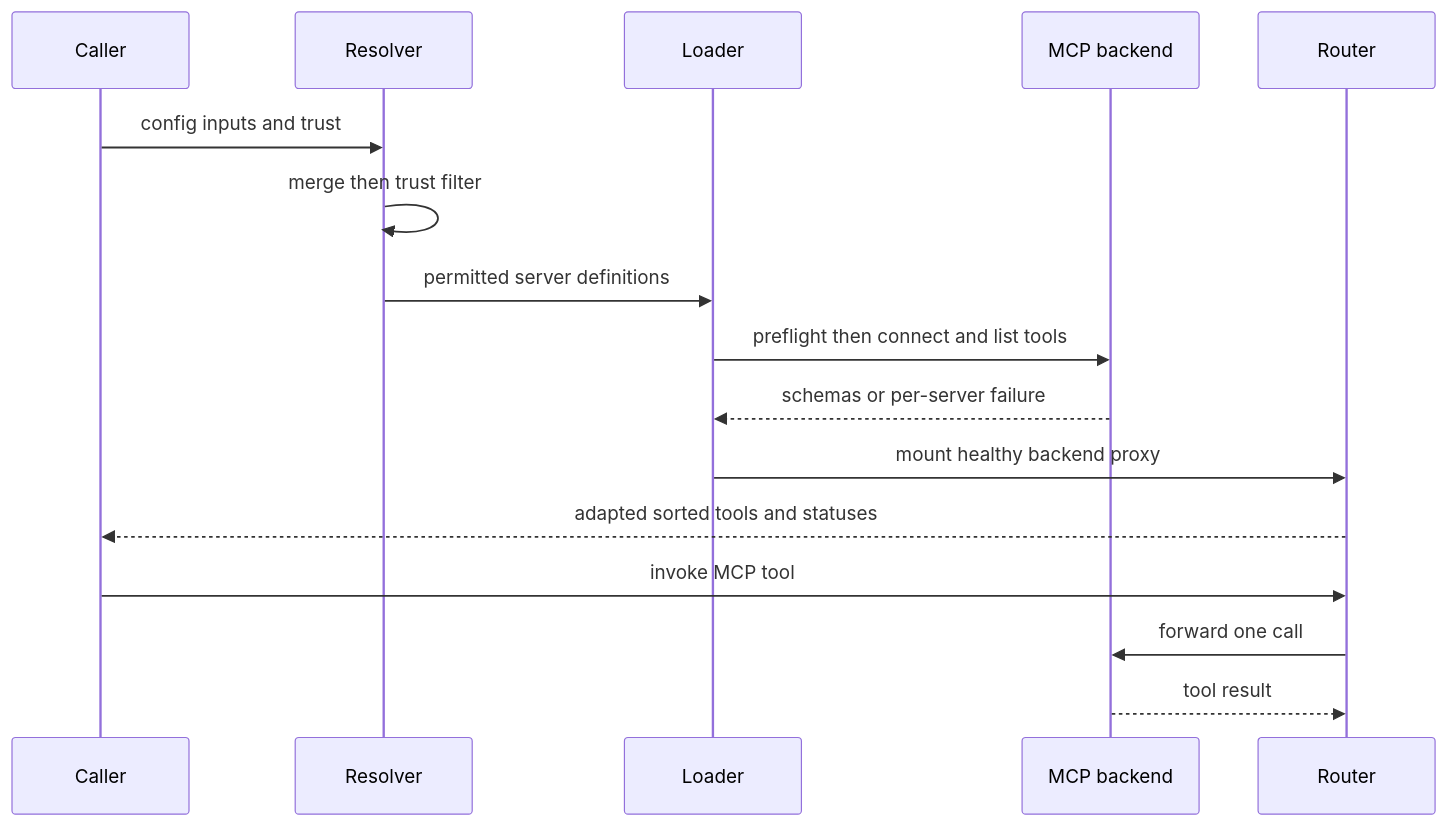
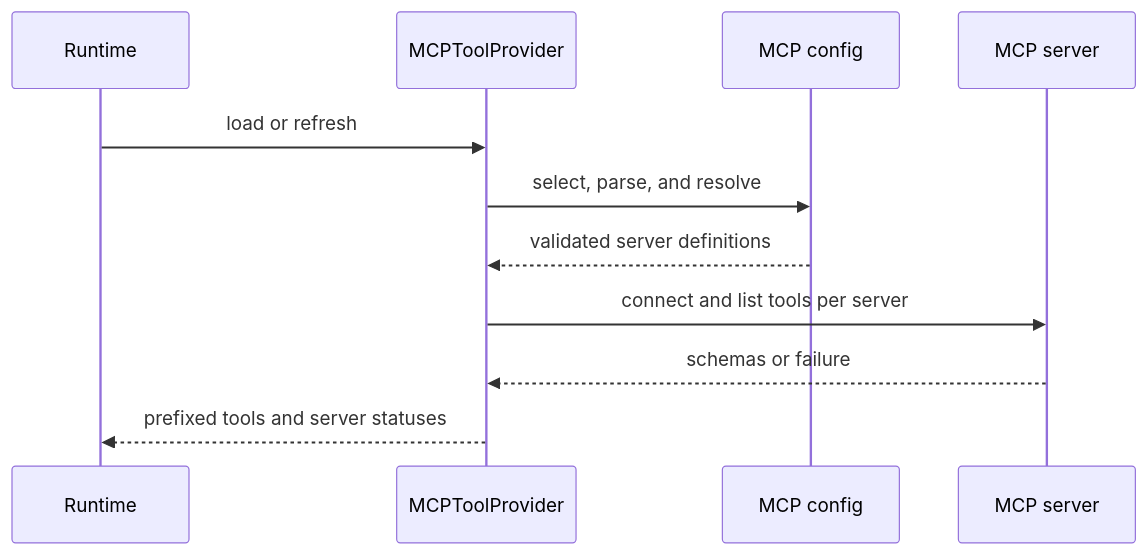
Before and after one commit to langchain-ai/deepagents: the first of 2 diagrams in openwiki/integrations/mcp.md, drawn with Mermaid. The commit also changed other lines of this file and 27 other files, not shown here.

````diff
--- a/openwiki/integrations/mcp.md
+++ b/openwiki/integrations/mcp.md
@@ -121,18 +43,13 @@
 ```mermaid
 sequenceDiagram
-    participant Caller
-    participant Resolver
-    participant Loader
-    participant Backend as MCP backend
-    participant Router
-    Caller->>Resolver: config inputs and trust
-    Resolver->>Resolver: merge then trust filter
-    Resolver->>Loader: permitted server definitions
-    Loader->>Backend: preflight then connect and list tools
-    Backend-->>Loader: schemas or per-server failure
-    Loader->>Router: mount healthy backend proxy
-    Router-->>Caller: adapted sorted tools and statuses
-    Caller->>Router: invoke MCP tool
-    Router->>Backend: forward one call
-    Backend-->>Router: tool result
+    participant Runtime
+    participant Provider as MCPToolProvider
+    participant Config as MCP config
+    participant Server as MCP server
+    Runtime->>Provider: load or refresh
+    Provider->>Config: select, parse, and resolve
+    Config-->>Provider: validated server definitions
+    Provider->>Server: connect and list tools per server
+    Server-->>Provider: schemas or failure
+    Provider-->>Runtime: prefixed tools and server statuses
 ```
````
